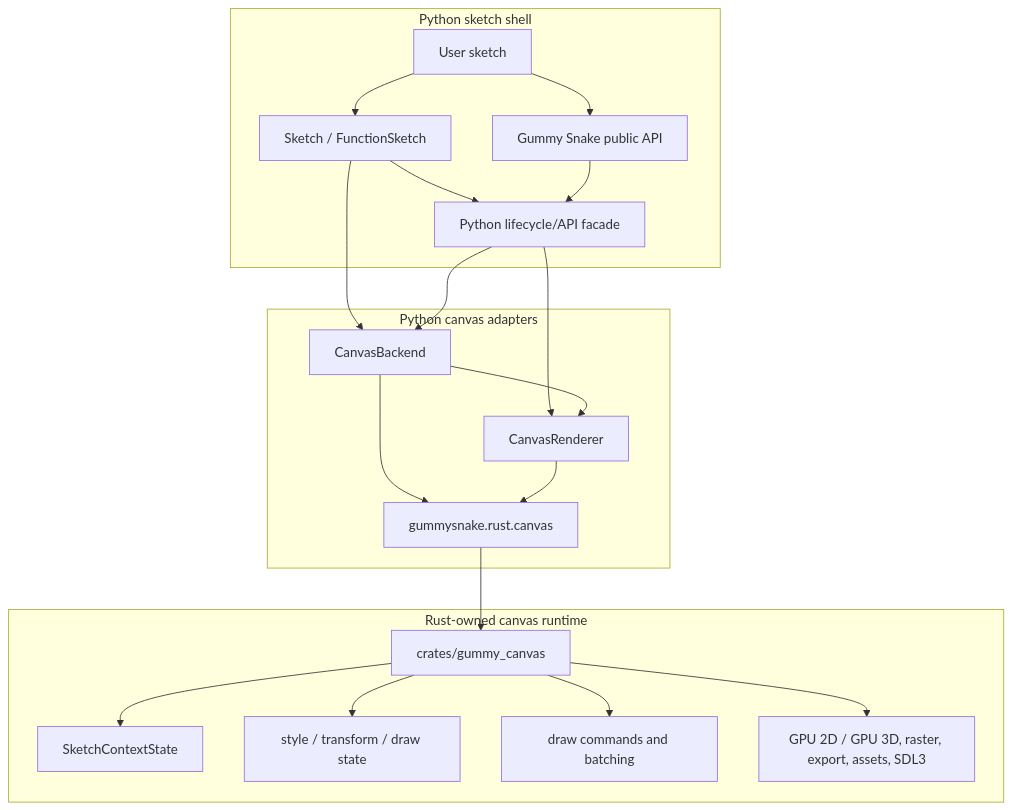
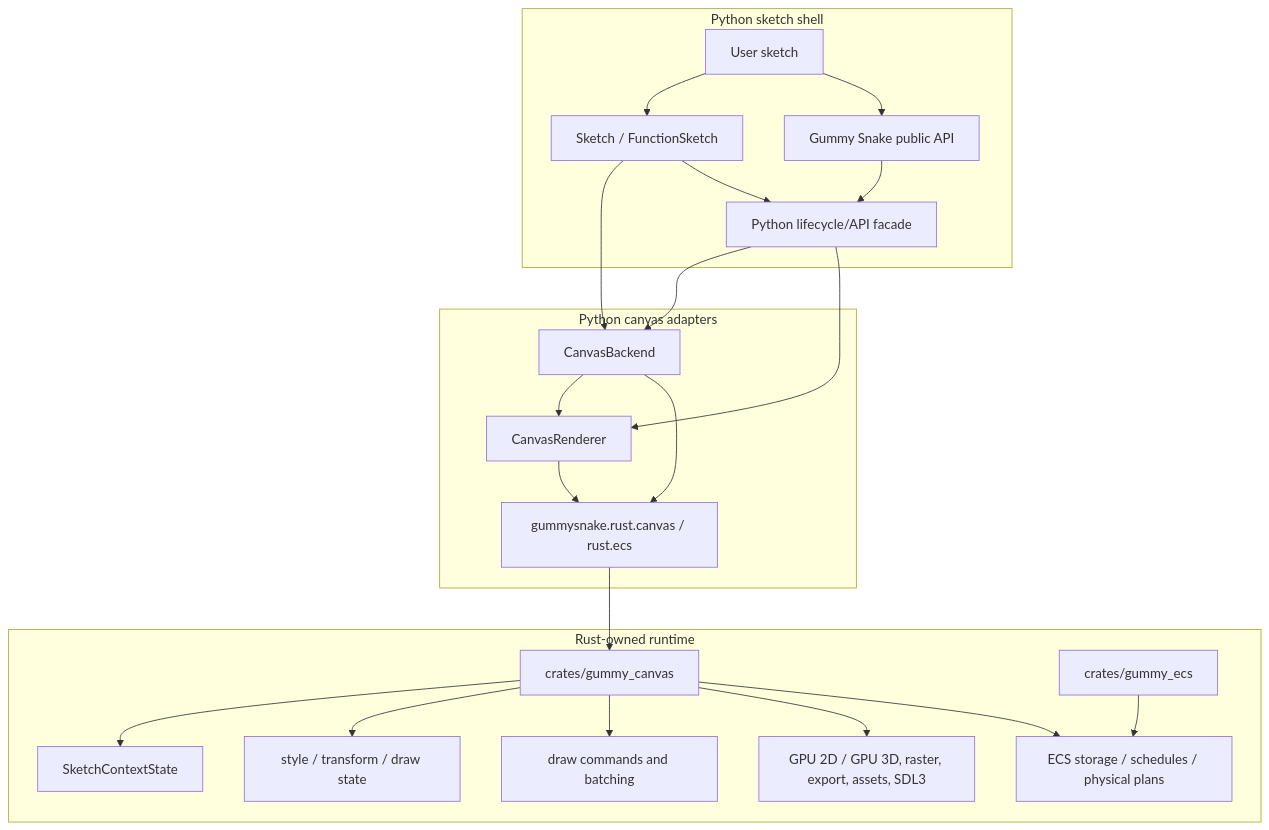
One commit to JonathanHHenson/gummy_snake changed the diagram in docs/contribute/index.md. Above: the diagram before and after it, drawn with Mermaid. The commit also changed other lines of this file and 15 other files, not shown here.

Commit message:
Document ECS runtime architecture and usage

````diff
--- a/docs/contribute/index.md
+++ b/docs/contribute/index.md
@@ -21,39 +22,43 @@
 ```mermaid
 flowchart TD
     subgraph Python["Python sketch shell"]
         User[User sketch]
         Sketch[Sketch / FunctionSketch]
         API[Gummy Snake public API]
         Facade[Python lifecycle/API facade]
     end
 
     subgraph Adapter["Python canvas adapters"]
         Backend[CanvasBackend]
         Renderer[CanvasRenderer]
-        Wrapper[gummysnake.rust.canvas]
+        Wrapper[gummysnake.rust.canvas / rust.ecs]
     end
 
-    subgraph Rust["Rust-owned canvas runtime"]
+    subgraph Rust["Rust-owned runtime"]
         Crate[crates/gummy_canvas]
+        EcsCrate[crates/gummy_ecs]
         ContextState[SketchContextState]
         DrawState[style / transform / draw state]
         Commands[draw commands and batching]
+        ECS[ECS storage / schedules / physical plans]
         Rendering[GPU 2D / GPU 3D, raster, export, assets, SDL3]
     end
 
     User --> Sketch
     User --> API
     Sketch --> Backend
     Sketch --> Facade
     API --> Facade
     Facade --> Backend
     Facade --> Renderer
     Backend --> Renderer
     Backend --> Wrapper
     Renderer --> Wrapper
     Wrapper --> Crate
     Crate --> ContextState
     Crate --> DrawState
     Crate --> Commands
     Crate --> Rendering
+    Crate --> ECS
+    EcsCrate --> ECS
 ```
````
